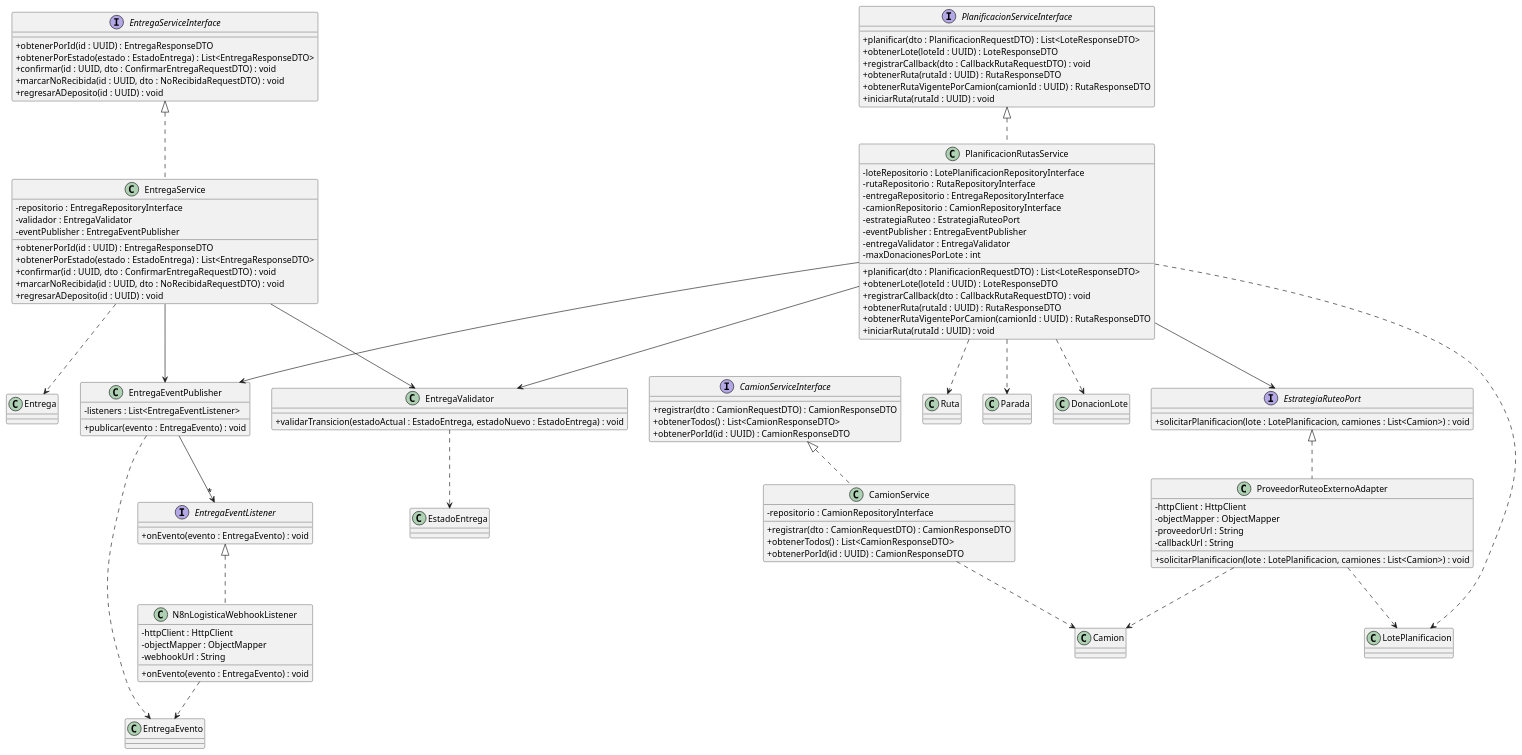
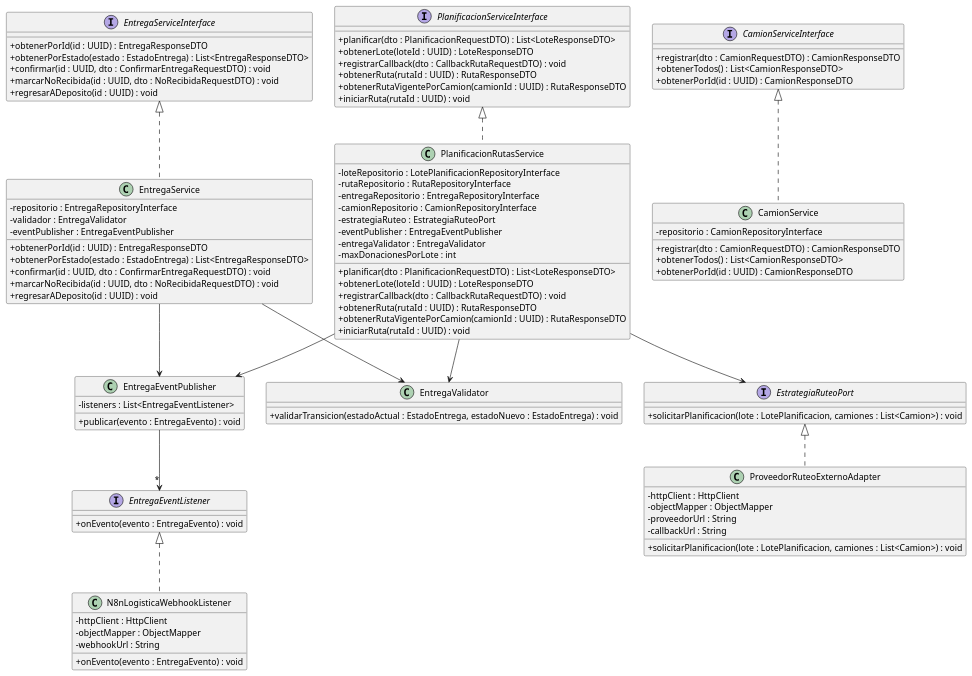
One commit to PonceCamilo/TP-ANUAL-DISENIO-2026 changed the diagram in donatrack/DiagramaDeClases/Logistica/diagramaClasesLogisticaServices.plantuml. Above: the diagram before and after it, drawn with PlantUML.

Commit message:
corrección diagrama

```diff
--- a/donatrack/DiagramaDeClases/Logistica/diagramaClasesLogisticaServices.plantuml
+++ b/donatrack/DiagramaDeClases/Logistica/diagramaClasesLogisticaServices.plantuml
@@ -1,126 +1,116 @@
 @startuml diagramaClasesLogisticaServices
 
 skinparam classAttributeIconSize 0
 
 ' ============================ VALIDACIONES ============================
 
 class EntregaValidator {
     + validarTransicion(estadoActual : EstadoEntrega, estadoNuevo : EstadoEntrega) : void
 }
 
 ' ============================ SERVICIOS ============================
 
 interface CamionServiceInterface {
     + registrar(dto : CamionRequestDTO) : CamionResponseDTO
     + obtenerTodos() : List<CamionResponseDTO>
     + obtenerPorId(id : UUID) : CamionResponseDTO
 }
 
 class CamionService implements CamionServiceInterface {
     - repositorio : CamionRepositoryInterface
     + registrar(dto : CamionRequestDTO) : CamionResponseDTO
     + obtenerTodos() : List<CamionResponseDTO>
     + obtenerPorId(id : UUID) : CamionResponseDTO
 }
 
 interface EntregaServiceInterface {
     + obtenerPorId(id : UUID) : EntregaResponseDTO
     + obtenerPorEstado(estado : EstadoEntrega) : List<EntregaResponseDTO>
     + confirmar(id : UUID, dto : ConfirmarEntregaRequestDTO) : void
     + marcarNoRecibida(id : UUID, dto : NoRecibidaRequestDTO) : void
     + regresarADeposito(id : UUID) : void
 }
 
 class EntregaService implements EntregaServiceInterface {
     - repositorio : EntregaRepositoryInterface
     - validador : EntregaValidator
     - eventPublisher : EntregaEventPublisher
     + obtenerPorId(id : UUID) : EntregaResponseDTO
     + obtenerPorEstado(estado : EstadoEntrega) : List<EntregaResponseDTO>
     + confirmar(id : UUID, dto : ConfirmarEntregaRequestDTO) : void
     + marcarNoRecibida(id : UUID, dto : NoRecibidaRequestDTO) : void
     + regresarADeposito(id : UUID) : void
 }
 
 interface PlanificacionServiceInterface {
     + planificar(dto : PlanificacionRequestDTO) : List<LoteResponseDTO>
     + obtenerLote(loteId : UUID) : LoteResponseDTO
     + registrarCallback(dto : CallbackRutaRequestDTO) : void
     + obtenerRuta(rutaId : UUID) : RutaResponseDTO
     + obtenerRutaVigentePorCamion(camionId : UUID) : RutaResponseDTO
     + iniciarRuta(rutaId : UUID) : void
 }
 
 class PlanificacionRutasService implements PlanificacionServiceInterface {
     - loteRepositorio : LotePlanificacionRepositoryInterface
     - rutaRepositorio : RutaRepositoryInterface
     - entregaRepositorio : EntregaRepositoryInterface
     - camionRepositorio : CamionRepositoryInterface
     - estrategiaRuteo : EstrategiaRuteoPort
     - eventPublisher : EntregaEventPublisher
     - entregaValidator : EntregaValidator
     - maxDonacionesPorLote : int
     + planificar(dto : PlanificacionRequestDTO) : List<LoteResponseDTO>
     + obtenerLote(loteId : UUID) : LoteResponseDTO
     + registrarCallback(dto : CallbackRutaRequestDTO) : void
     + obtenerRuta(rutaId : UUID) : RutaResponseDTO
     + obtenerRutaVigentePorCamion(camionId : UUID) : RutaResponseDTO
     + iniciarRuta(rutaId : UUID) : void
 }
 
 ' ============================ INTEGRACION / EVENTOS ============================
 
 interface EstrategiaRuteoPort {
     + solicitarPlanificacion(lote : LotePlanificacion, camiones : List<Camion>) : void
 }
 
 class ProveedorRuteoExternoAdapter implements EstrategiaRuteoPort {
     - httpClient : HttpClient
     - objectMapper : ObjectMapper
     - proveedorUrl : String
     - callbackUrl : String
     + solicitarPlanificacion(lote : LotePlanificacion, camiones : List<Camion>) : void
 }
 
 interface EntregaEventListener {
     + onEvento(evento : EntregaEvento) : void
 }
 
 class EntregaEventPublisher {
     - listeners : List<EntregaEventListener>
     + publicar(evento : EntregaEvento) : void
 }
 
 class N8nLogisticaWebhookListener implements EntregaEventListener {
     - httpClient : HttpClient
     - objectMapper : ObjectMapper
     - webhookUrl : String
     + onEvento(evento : EntregaEvento) : void
 }
 
 ' ============================ RELACIONES ============================
 
-CamionService ..> Camion
-EntregaService ..> Entrega
+
 EntregaService --> EntregaValidator
 EntregaService --> EntregaEventPublisher
 
-PlanificacionRutasService ..> LotePlanificacion
-PlanificacionRutasService ..> Ruta
-PlanificacionRutasService ..> Parada
-PlanificacionRutasService ..> DonacionLote
 PlanificacionRutasService --> EstrategiaRuteoPort
 PlanificacionRutasService --> EntregaEventPublisher
 PlanificacionRutasService --> EntregaValidator
 
-EntregaValidator ..> EstadoEntrega
+
 
 EntregaEventPublisher --> "*" EntregaEventListener
-EntregaEventPublisher ..> EntregaEvento
 
-N8nLogisticaWebhookListener ..> EntregaEvento
-
-ProveedorRuteoExternoAdapter ..> LotePlanificacion
-ProveedorRuteoExternoAdapter ..> Camion
 
 @enduml
```
